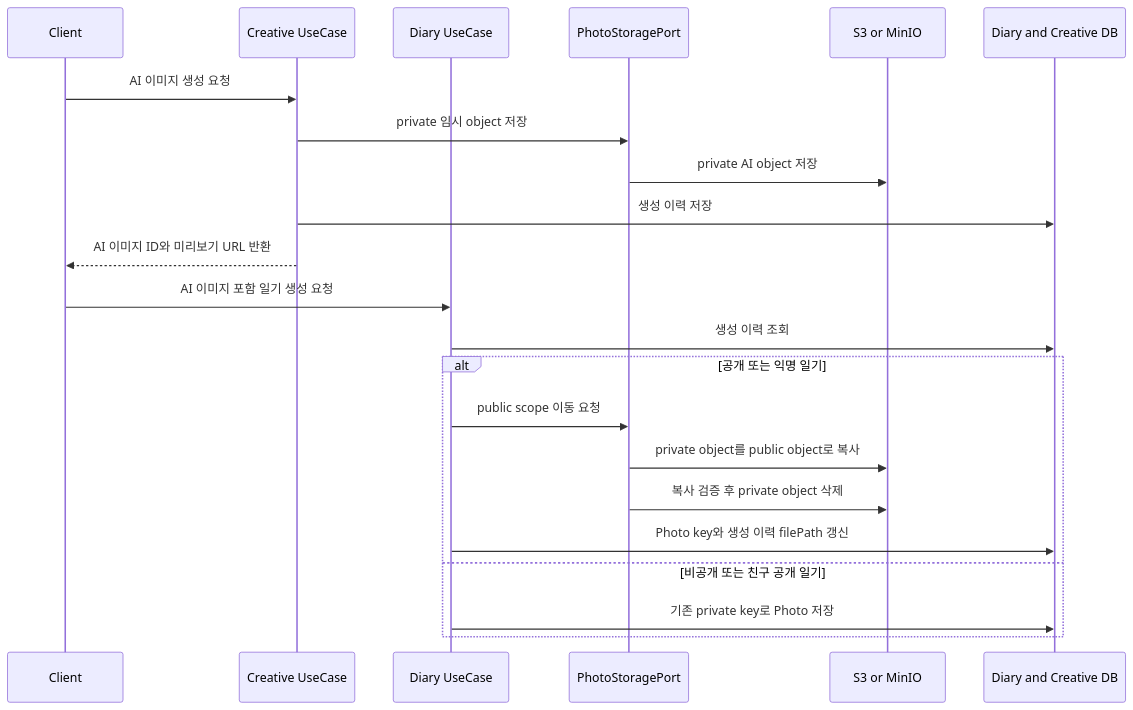
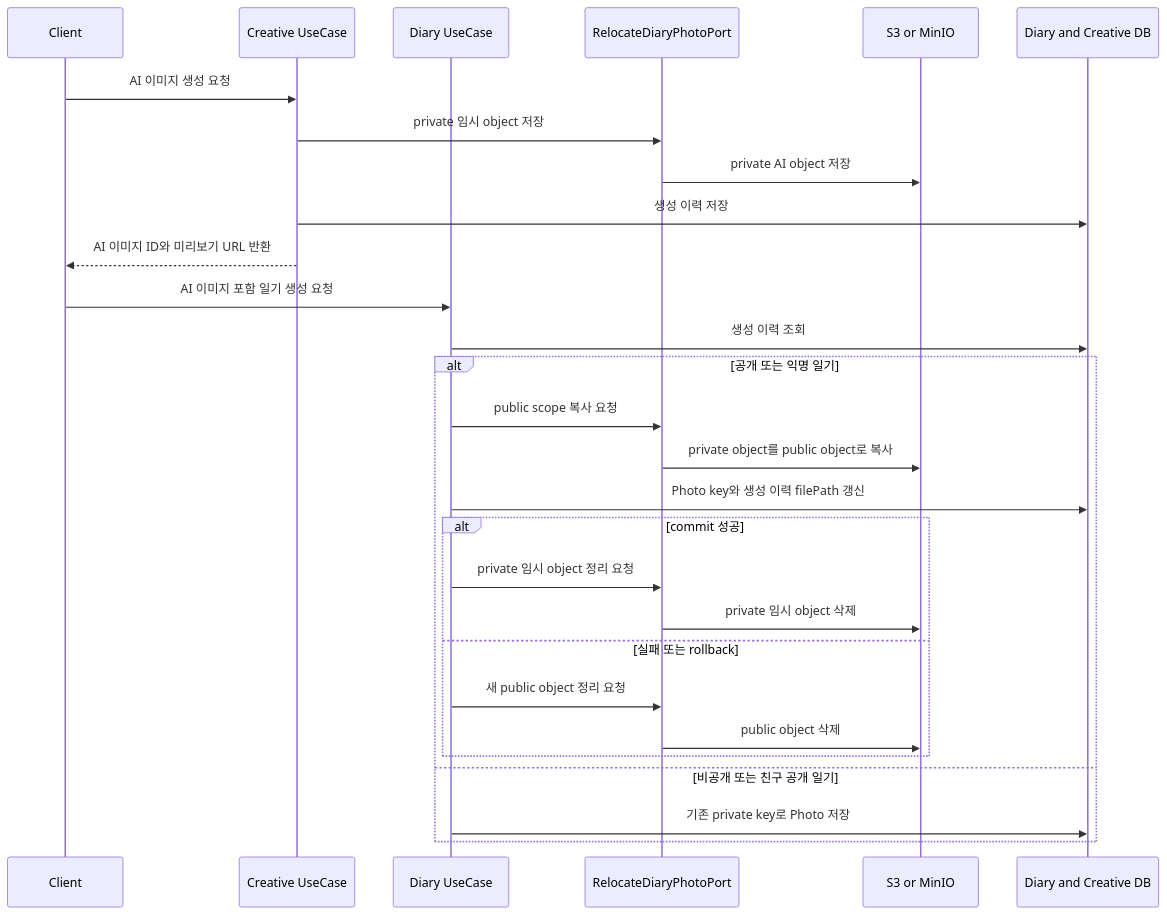
The second of 4 diagrams in docs/runbooks/diary-image-storage-runbook.md (MyPicDay/piku-back), drawn with Mermaid before and after one commit. The commit also changed other lines of this file and 83 other files, not shown here.

````diff
--- a/docs/runbooks/diary-image-storage-runbook.md
+++ b/docs/runbooks/diary-image-storage-runbook.md
@@ -64,26 +77,32 @@
 ```mermaid
 sequenceDiagram
     participant Client as Client
     participant Creative as Creative UseCase
     participant Diary as Diary UseCase
-    participant PhotoStorage as PhotoStoragePort
+    participant PhotoStorage as RelocateDiaryPhotoPort
     participant Storage as S3 or MinIO
     participant DB as Diary and Creative DB
 
     Client->>Creative: AI 이미지 생성 요청
     Creative->>PhotoStorage: private 임시 object 저장
     PhotoStorage->>Storage: private AI object 저장
     Creative->>DB: 생성 이력 저장
     Creative-->>Client: AI 이미지 ID와 미리보기 URL 반환
 
     Client->>Diary: AI 이미지 포함 일기 생성 요청
     Diary->>DB: 생성 이력 조회
     alt 공개 또는 익명 일기
-        Diary->>PhotoStorage: public scope 이동 요청
+        Diary->>PhotoStorage: public scope 복사 요청
         PhotoStorage->>Storage: private object를 public object로 복사
-        PhotoStorage->>Storage: 복사 검증 후 private object 삭제
         Diary->>DB: Photo key와 생성 이력 filePath 갱신
+        alt commit 성공
+            Diary->>PhotoStorage: private 임시 object 정리 요청
+            PhotoStorage->>Storage: private 임시 object 삭제
+        else 실패 또는 rollback
+            Diary->>PhotoStorage: 새 public object 정리 요청
+            PhotoStorage->>Storage: public object 삭제
+        end
     else 비공개 또는 친구 공개 일기
         Diary->>DB: 기존 private key로 Photo 저장
     end
 ```
````
